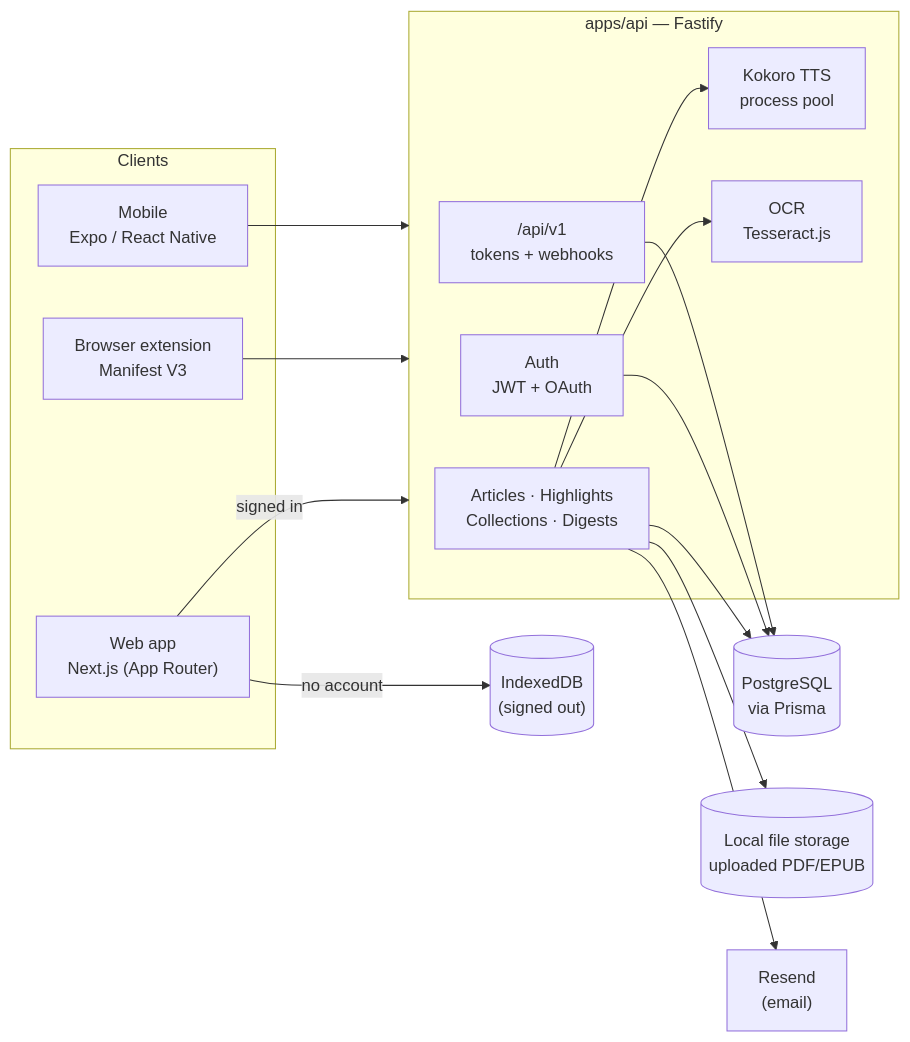
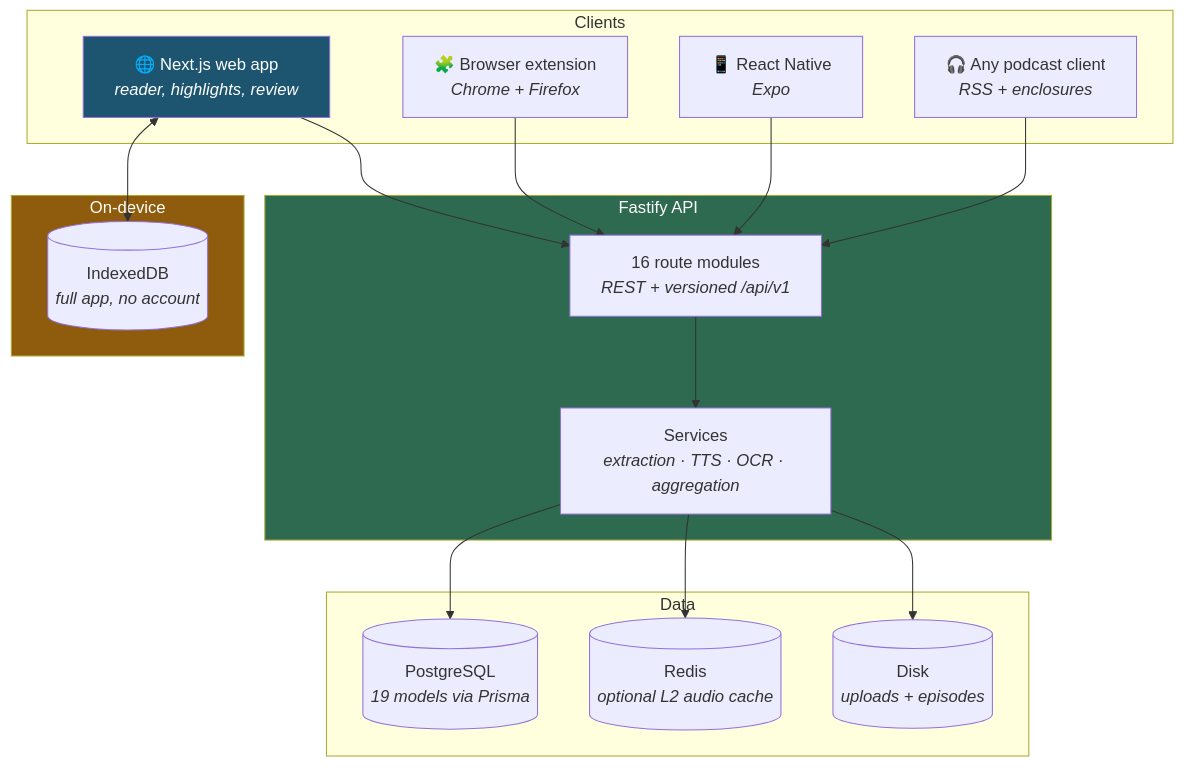
One commit to jguapp/Booklet changed the first of 4 diagrams in README.md. Above: the diagram before and after it, drawn with Mermaid. The commit also changed other lines of this file and 9 other files, not shown here.

````diff
--- a/README.md
+++ b/README.md
@@ -83,35 +138,38 @@
 ```mermaid
-flowchart LR
-    subgraph Clients["Clients"]
-        Web["Web app<br/>Next.js (App Router)"]
-        Ext["Browser extension<br/>Manifest V3"]
-        Mobile["Mobile<br/>Expo / React Native"]
+graph TB
+    subgraph Clients
+        WEB["🌐 Next.js web app<br/><i>reader, highlights, review</i>"]
+        EXT["🧩 Browser extension<br/><i>Chrome + Firefox</i>"]
+        MOB["📱 React Native<br/><i>Expo</i>"]
+        POD["🎧 Any podcast client<br/><i>RSS + enclosures</i>"]
     end
 
-    IDB[("IndexedDB<br/>(signed out)")]
-
-    subgraph API["apps/api — Fastify"]
-        Auth["Auth<br/>JWT + OAuth"]
-        Core["Articles · Highlights<br/>Collections · Digests"]
-        TTS["Kokoro TTS<br/>process pool"]
-        OCR["OCR<br/>Tesseract.js"]
-        V1["/api/v1<br/>tokens + webhooks"]
+    subgraph API["Fastify API"]
+        ROUTES["16 route modules<br/><i>REST + versioned /api/v1</i>"]
+        SVC["Services<br/><i>extraction · TTS · OCR · aggregation</i>"]
     end
 
-    DB[("PostgreSQL<br/>via Prisma")]
-    Files[("Local file storage<br/>uploaded PDF/EPUB")]
-    Resend["Resend<br/>(email)"]
+    subgraph Data
+        PG[("PostgreSQL<br/><i>19 models via Prisma</i>")]
+        REDIS[("Redis<br/><i>optional L2 audio cache</i>")]
+        DISK[("Disk<br/><i>uploads + episodes</i>")]
+    end
 
-    Web -- "no account" --> IDB
-    Web -- "signed in" --> API
-    Ext --> API
-    Mobile --> API
+    subgraph Local["On-device"]
+        IDB[("IndexedDB<br/><i>full app, no account</i>")]
+    end
 
-    Core --> DB
-    Core --> Files
-    Core --> TTS
-    Core --> OCR
-    Core --> Resend
-    Auth --> DB
-    V1 --> DB
+    WEB <--> IDB
+    WEB --> ROUTES
+    EXT --> ROUTES
+    MOB --> ROUTES
+    POD --> ROUTES
+    ROUTES --> SVC
+    SVC --> PG
+    SVC --> REDIS
+    SVC --> DISK
+
+    style WEB fill:#1d5570,color:#fff
+    style API fill:#2d6a4f,color:#fff
+    style Local fill:#8e5c0c,color:#fff
 ```
````
